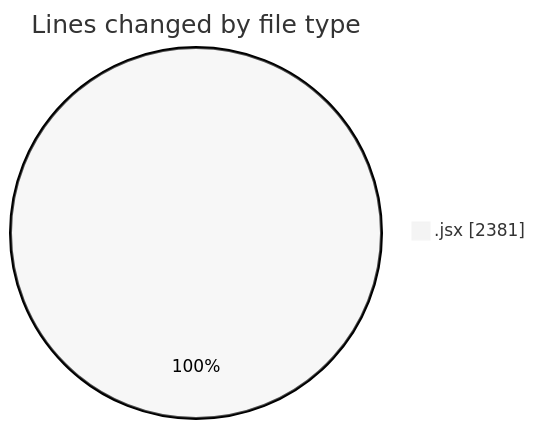
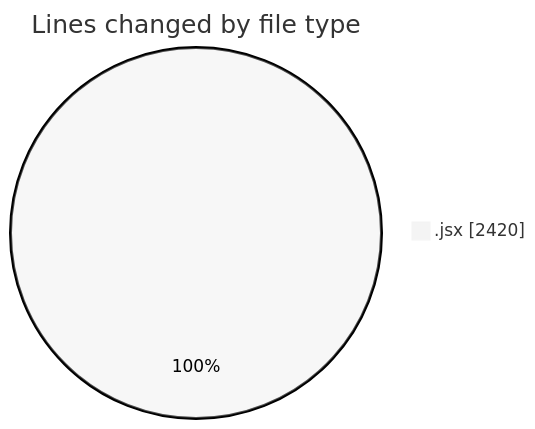
One commit to nxtqubesakshisongat/code-tracking changed the first of 2 diagrams in 2025-05-13/argos-dev/README.md. Above: the diagram before and after it, drawn with Mermaid (neutral theme). The commit also changed other lines of this file and 1 other file, not shown here.

````diff
--- a/2025-05-13/argos-dev/README.md
+++ b/2025-05-13/argos-dev/README.md
@@ -23,5 +23,5 @@
 ```mermaid
 pie showData
 title Lines changed by file type
-".jsx" : 2381
+".jsx" : 2420
 ```
````
